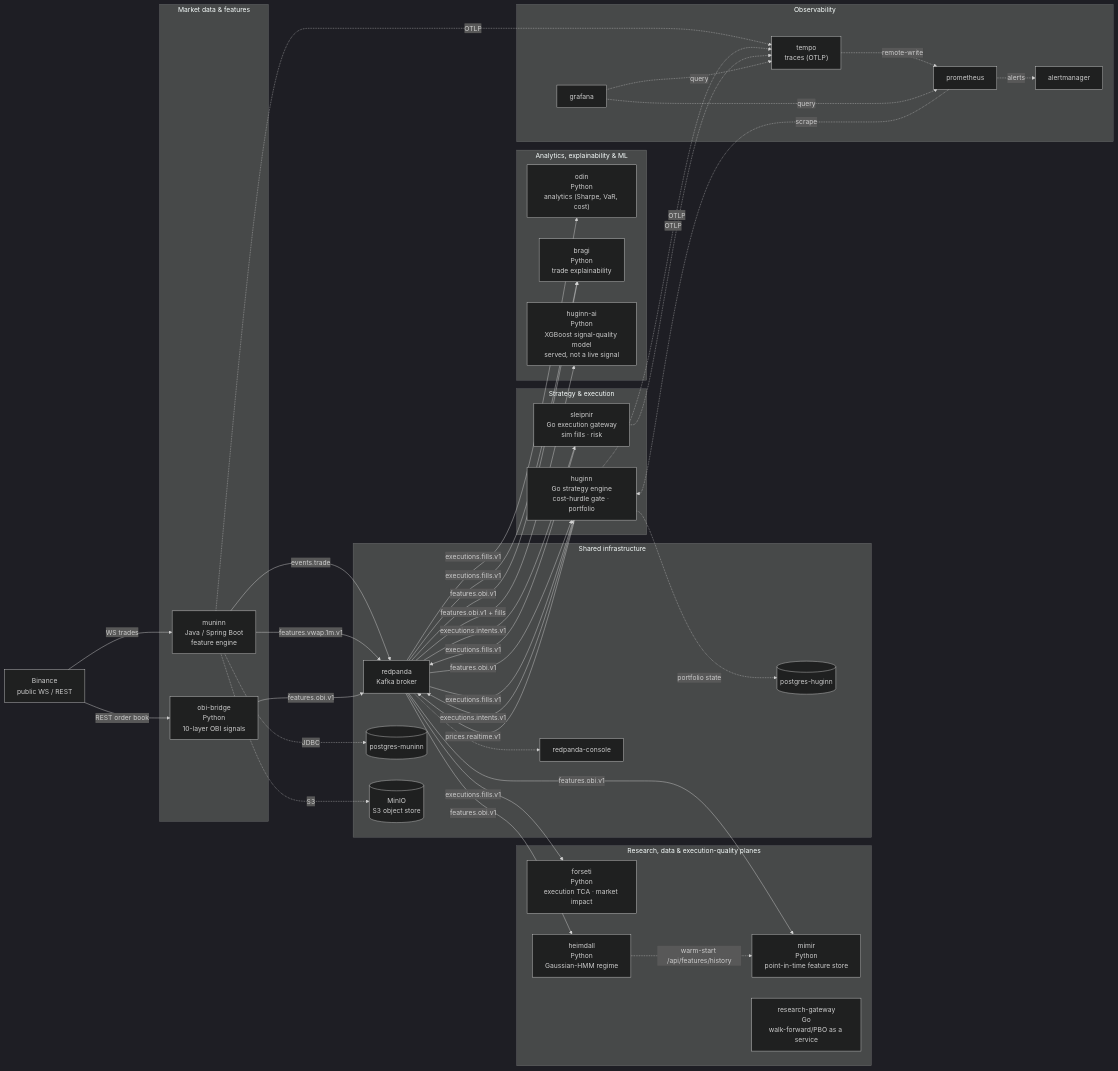
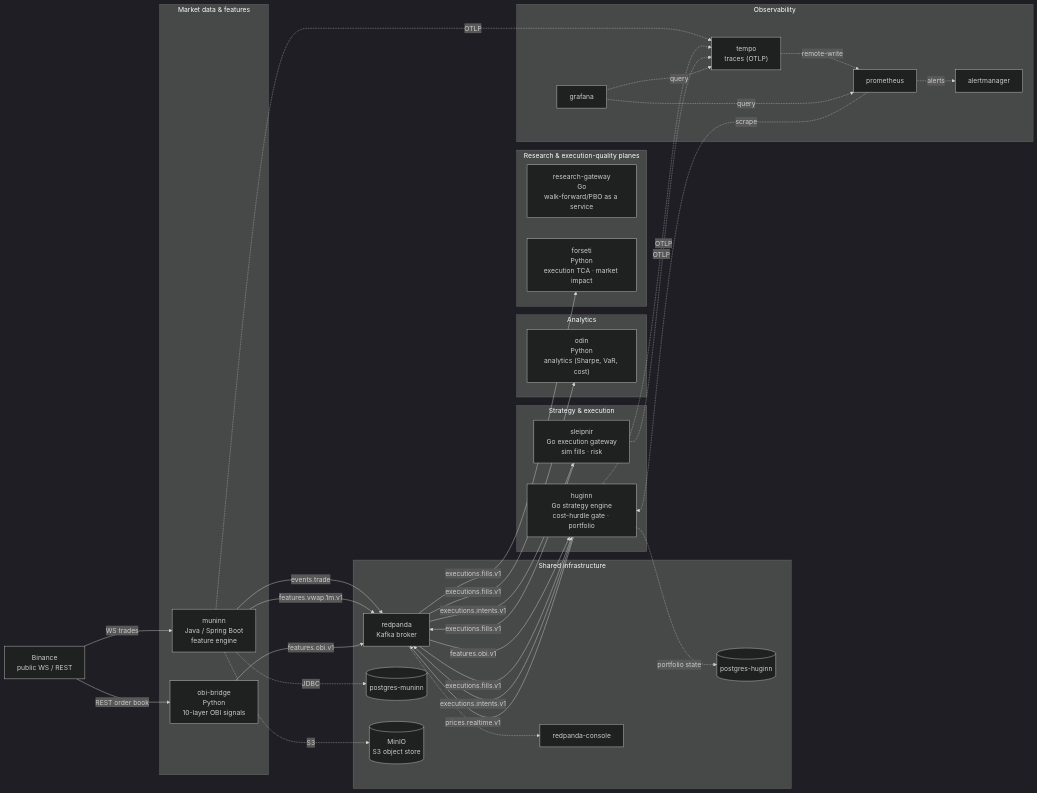
Before and after one commit to lgreene03/norse-stack: the first of 2 diagrams in docs/ARCHITECTURE.md, drawn with Mermaid (dark theme). The commit also changed other lines of this file and 49 other files, not shown here.

First line of the commit message:
G2.6: retire bragi, huginn-ai, heimdall and mimir (#69)

```diff
--- a/docs/ARCHITECTURE.md
+++ b/docs/ARCHITECTURE.md
@@ -35,17 +37,13 @@
         sleipnir["sleipnir<br/>Go execution gateway<br/>sim fills · risk"]
     end
 
-    subgraph analytics["Analytics, explainability & ML"]
+    subgraph analytics["Analytics"]
         odin["odin<br/>Python<br/>analytics (Sharpe, VaR, cost)"]
-        bragi["bragi<br/>Python<br/>trade explainability"]
-        huginnai["huginn-ai<br/>Python<br/>XGBoost signal-quality model<br/>served, not a live signal"]
     end
 
-    subgraph planes["Research, data & execution-quality planes"]
-        mimir["mimir<br/>Python<br/>point-in-time feature store"]
+    subgraph planes["Research & execution-quality planes"]
         research["research-gateway<br/>Go<br/>walk-forward/PBO as a service"]
         forseti["forseti<br/>Python<br/>execution TCA · market impact"]
-        heimdall["heimdall<br/>Python<br/>Gaussian-HMM regime"]
     end
 
     subgraph infra["Shared infrastructure"]
@@ -78,18 +76,12 @@
     redpanda -->|"executions.intents.v1"| sleipnir
     sleipnir -->|"executions.fills.v1"| redpanda
 
-    %% ── Fills + features fan-out to analytics ───────────────────────
+    %% ── Fills fan-out to analytics ──────────────────────────────────
     redpanda -->|"executions.fills.v1"| huginn
     redpanda -->|"executions.fills.v1"| odin
-    redpanda -->|"executions.fills.v1"| bragi
-    redpanda -->|"features.obi.v1 + fills"| huginnai
-    redpanda -->|"features.obi.v1"| bragi
 
-    %% ── Platform planes: feature store, regime, execution-quality ───
-    redpanda -->|"features.obi.v1"| mimir
-    redpanda -->|"features.obi.v1"| heimdall
+    %% ── Platform planes: execution-quality ──────────────────────────
     redpanda -->|"executions.fills.v1"| forseti
-    heimdall -.->|"warm-start /api/features/history"| mimir
     %% research-gateway is a standalone sidecar: it serves earlier runs read-only
     %% over HTTP and starts none (G1.2), off the live Kafka path, so it has no topic edge.
 
```
